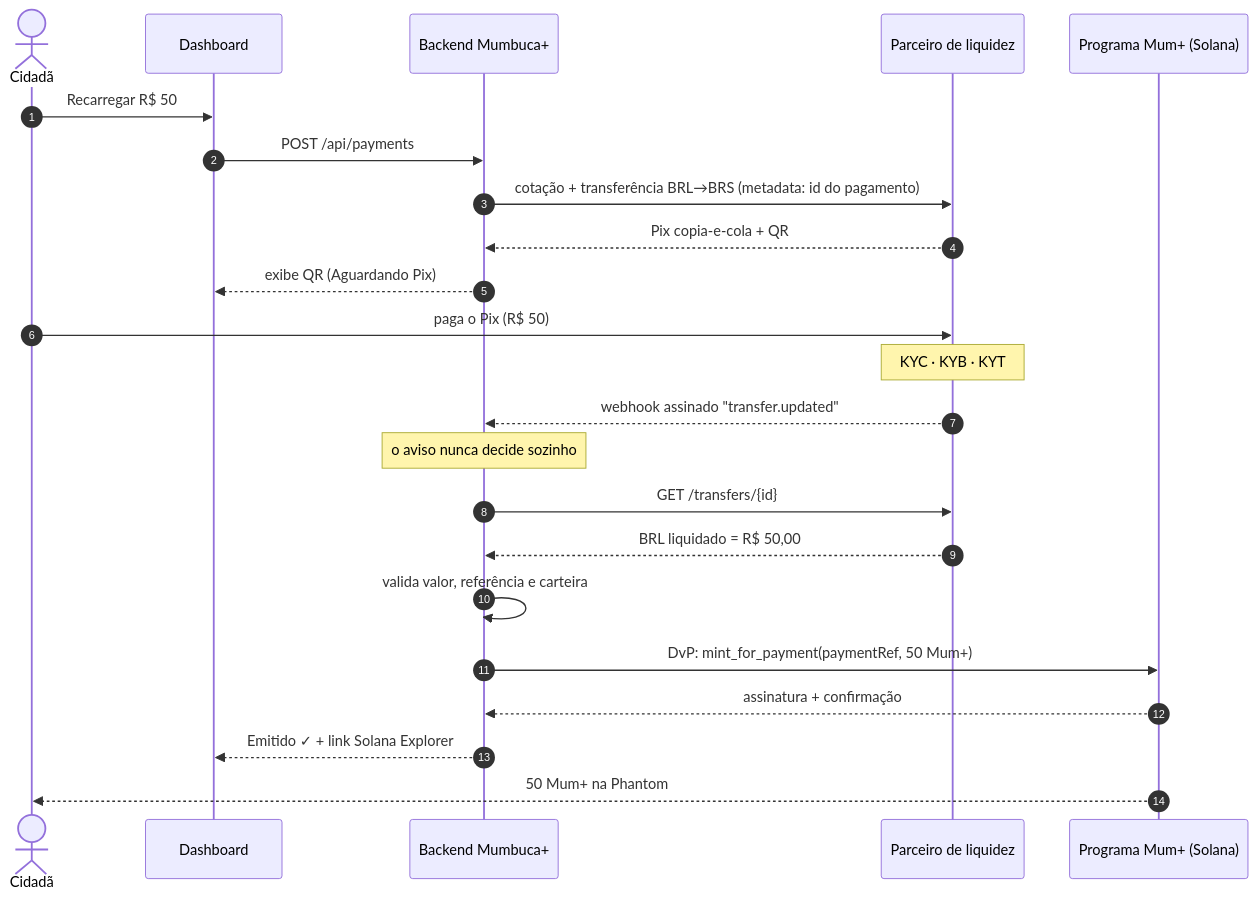
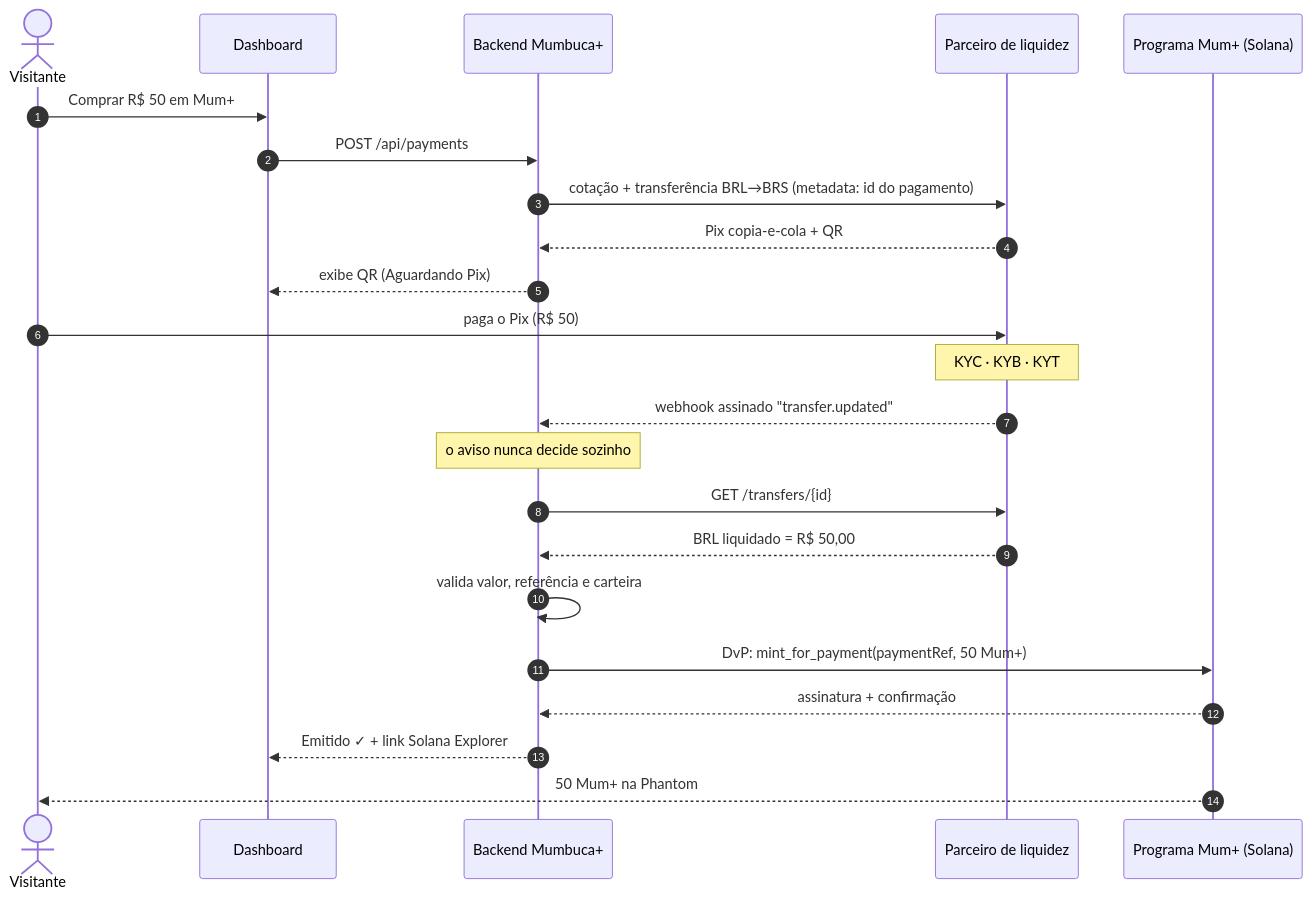
The third of 4 diagrams in README.md (Peragus01/Mumbuca-plus), drawn with Mermaid before and after one commit. The commit also changed other lines of this file and 1 other file, not shown here.

````diff
--- a/README.md
+++ b/README.md
@@ -213,26 +229,26 @@
 ```mermaid
 sequenceDiagram
     autonumber
-    actor Cidada as Cidadã
+    actor Visitante
     participant Dash as Dashboard
     participant API as Backend Mumbuca+
     participant LP as Parceiro de liquidez
     participant SC as Programa Mum+ (Solana)
 
-    Cidada->>Dash: Recarregar R$ 50
+    Visitante->>Dash: Comprar R$ 50 em Mum+
     Dash->>API: POST /api/payments
     API->>LP: cotação + transferência BRL→BRS (metadata: id do pagamento)
     LP-->>API: Pix copia-e-cola + QR
     API-->>Dash: exibe QR (Aguardando Pix)
-    Cidada->>LP: paga o Pix (R$ 50)
+    Visitante->>LP: paga o Pix (R$ 50)
     Note over LP: KYC · KYB · KYT
     LP-->>API: webhook assinado "transfer.updated"
     Note over API: o aviso nunca decide sozinho
     API->>LP: GET /transfers/{id}
     LP-->>API: BRL liquidado = R$ 50,00
     API->>API: valida valor, referência e carteira
     API->>SC: DvP: mint_for_payment(paymentRef, 50 Mum+)
     SC-->>API: assinatura + confirmação
     API-->>Dash: Emitido ✓ + link Solana Explorer
-    SC-->>Cidada: 50 Mum+ na Phantom
+    SC-->>Visitante: 50 Mum+ na Phantom
 ```
````
